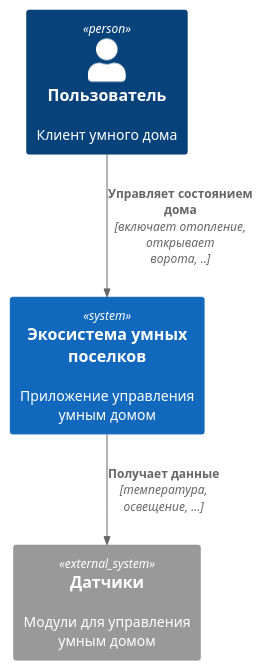
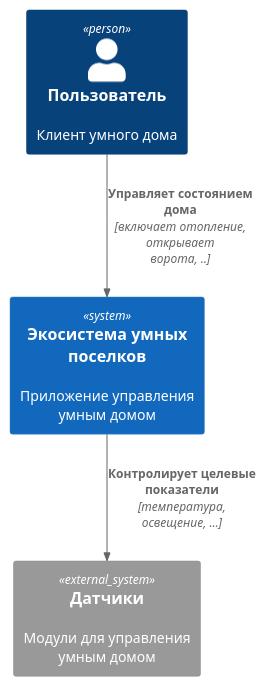
One commit to a-gataullin/architecture-sprint-3 changed the diagram in c1.puml. Above: the diagram before and after it, drawn with PlantUML.

Commit message:
prettified c1

```diff
--- a/c1.puml
+++ b/c1.puml
@@ -1,11 +1,11 @@
 @startuml c1
 !include https://raw.githubusercontent.com/plantuml-stdlib/C4-PlantUML/master/C4_Container.puml
 
-Person(personAlias, "Пользователь", "Клиент умного дома")
-System_Ext(systemExtAlias, "Датчики", "Модули для управления умным домом")
-System(systemAlias, "Экосистема умных поселков", "Приложение управления умным домом")
+Person(user, "Пользователь", "Клиент умного дома")
+System_Ext(modules, "Датчики", "Модули для управления умным домом")
+System(system, "Экосистема умных поселков", "Приложение управления умным домом")
 
-Rel(personAlias, systemAlias, "Управляет состоянием дома", "включает отопление, открывает ворота, ..")
-Rel(systemAlias, systemExtAlias, "Получает данные", "температура, освещение, ...")
+Rel(user, system, "Управляет состоянием дома", "включает отопление, открывает ворота, ..")
+Rel(system, modules, "Контролирует целевые показатели", "температура, освещение, ...")
 
 @enduml
```
